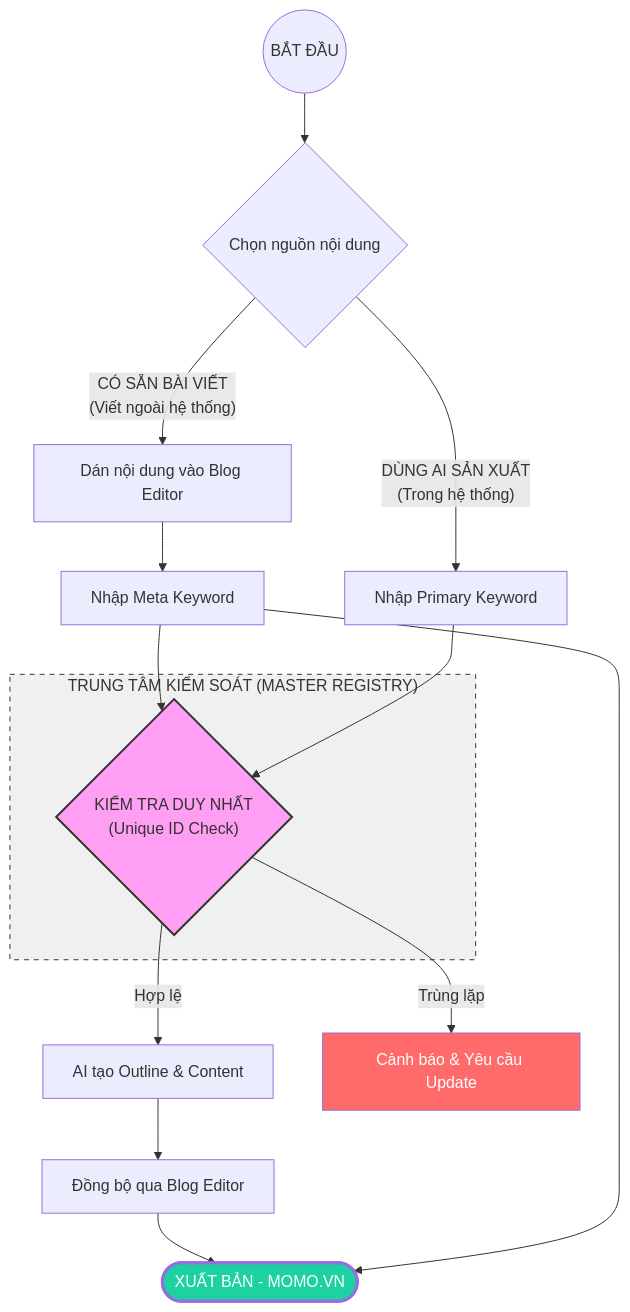
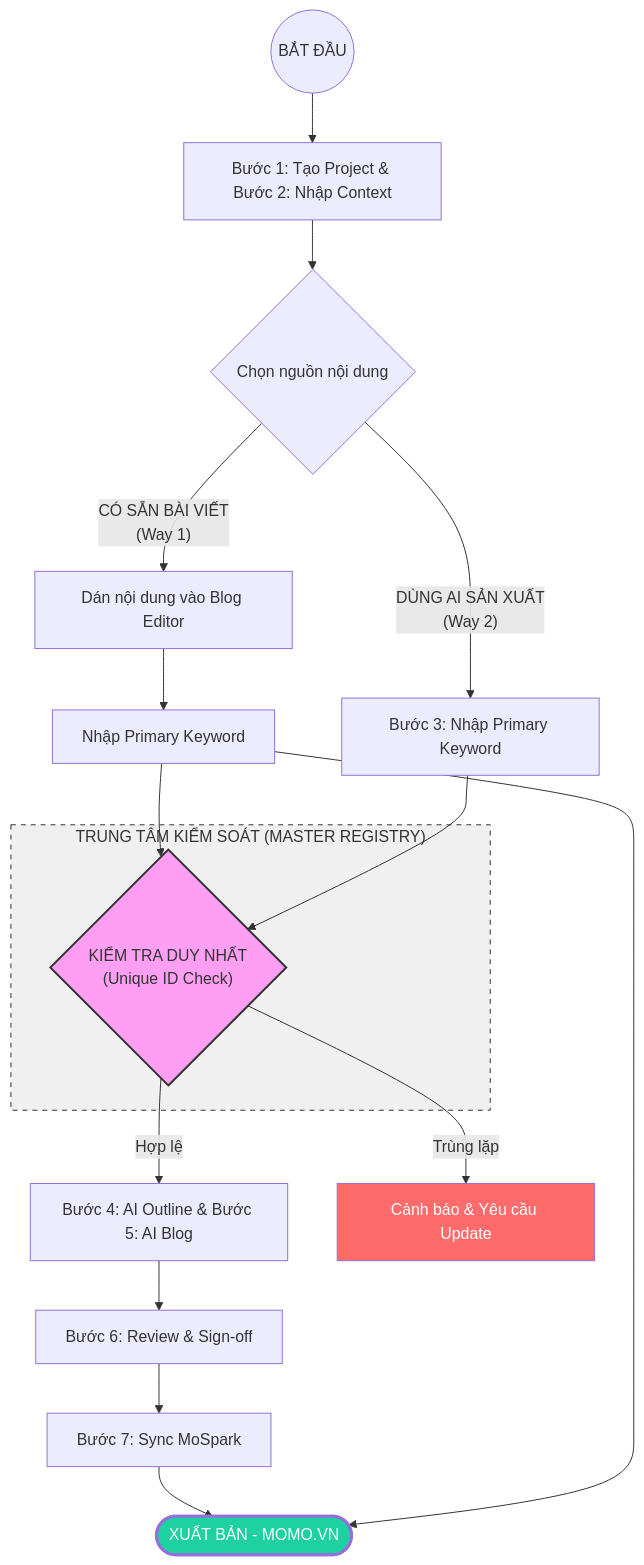
The first of 2 diagrams in 04_Execution_Use_Cases/MoSpark/genai-content-brd.md (vanhien26/hienho-knowledgebase), drawn with Mermaid before and after one commit. The commit also changed other lines of this file and 7 other files, not shown here.

````diff
--- a/04_Execution_Use_Cases/MoSpark/genai-content-brd.md
+++ b/04_Execution_Use_Cases/MoSpark/genai-content-brd.md
@@ -53,32 +120,34 @@
 ```mermaid
 graph TD
-    Start((BẮT ĐẦU)) --> Choice{Chọn nguồn nội dung}
+    Start((BẮT ĐẦU)) --> Project[Bước 1: Tạo Project & Bước 2: Nhập Context]
+    Project --> Choice{Chọn nguồn nội dung}
 
     %% Way 1 path
-    Choice -- "CÓ SẴN BÀI VIẾT<br/>(Viết ngoài hệ thống)" --> W1_Step1[Dán nội dung vào Blog Editor]
-    W1_Step1 --> W1_Step2[Nhập Meta Keyword]
+    Choice -- "CÓ SẴN BÀI VIẾT<br/>(Way 1)" --> W1_Step1[Dán nội dung vào Blog Editor]
+    W1_Step1 --> W1_Step2[Nhập Primary Keyword]
     W1_Step2 --> Registry
 
     %% Way 2 path
-    Choice -- "DÙNG AI SẢN XUẤT<br/>(Trong hệ thống)" --> W2_Step1[Nhập Primary Keyword]
+    Choice -- "DÙNG AI SẢN XUẤT<br/>(Way 2)" --> W2_Step1[Bước 3: Nhập Primary Keyword]
     W2_Step1 --> Registry
-    Registry -- "Hợp lệ" --> W2_Step2[AI tạo Outline & Content]
-    W2_Step2 --> W2_Step3[Đồng bộ qua Blog Editor]
+    Registry -- "Hợp lệ" --> W2_Step2[Bước 4: AI Outline & Bước 5: AI Blog]
+    W2_Step2 --> W2_Step3[Bước 6: Review & Sign-off]
+    W2_Step3 --> W2_Step4[Bước 7: Sync MoSpark]
 
     %% Master Registry Hub
     subgraph Hub ["TRUNG TÂM KIỂM SOÁT (MASTER REGISTRY)"]
         Registry{"KIỂM TRA DUY NHẤT<br/>(Unique ID Check)"}
     end
 
     %% Convergence to Publish
-    W2_Step3 --> Publish
+    W2_Step4 --> Publish
     Registry -- "Trùng lặp" --> Error[Cảnh báo & Yêu cầu Update]
     
     W1_Step2 --> Publish([XUẤT BẢN - MOMO.VN])
 
     %% Styling
     style Hub fill:#f0f0f0,stroke:#333,stroke-dasharray: 5 5
     style Registry fill:#ff9ff3,stroke:#333,stroke-width:2px
     style Publish fill:#1dd1a1,color:#fff,stroke-width:3px
     style Error fill:#ff6b6b,color:#fff
 ```
````
